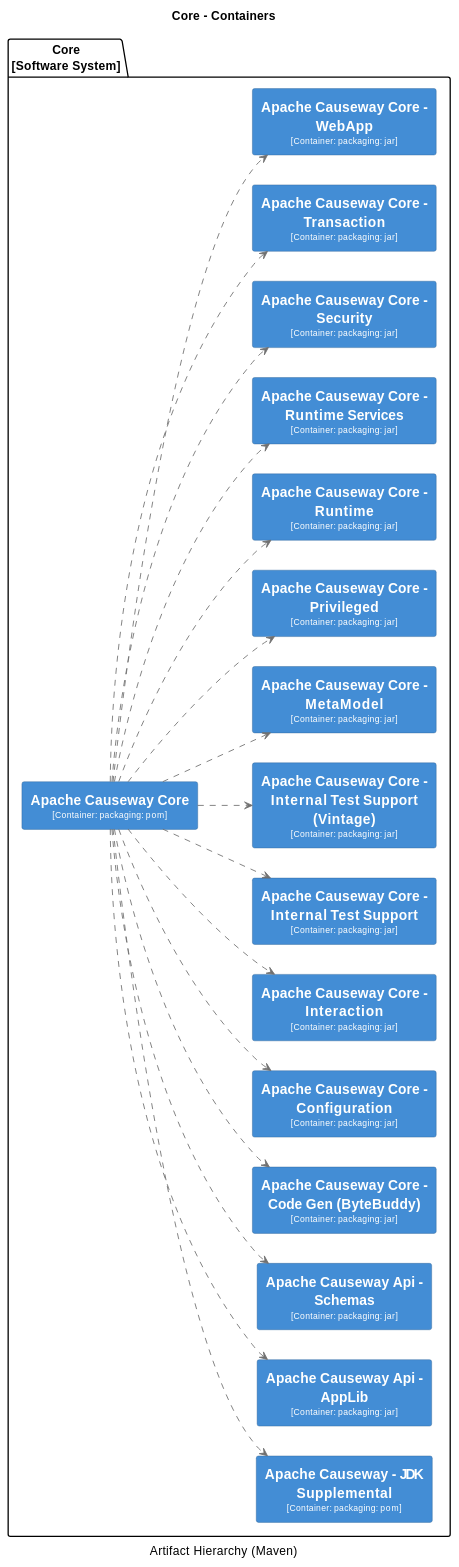
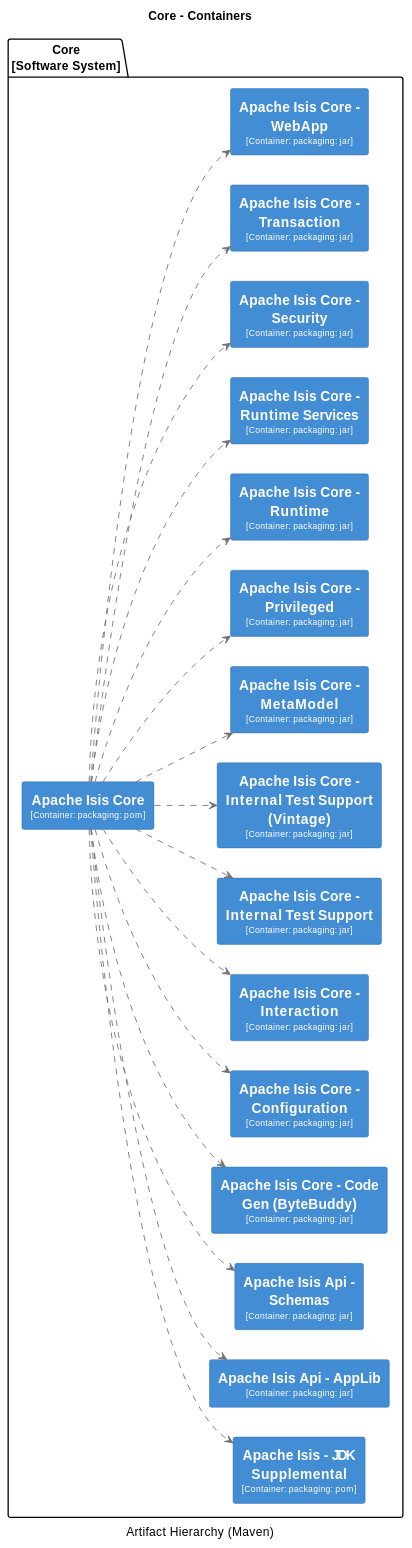
Before and after one commit to Supermajestcd/XMP--toolkits: the seventh of 32 diagrams in core/adoc/modules/_overview/pages/about.adoc, drawn with PlantUML. The commit also changed other lines of this file and 13521 other files, not shown here.

```diff
--- a/core/adoc/modules/_overview/pages/about.adoc
+++ b/core/adoc/modules/_overview/pages/about.adoc
@@ -1171,22 +1411,22 @@
   BorderColor #2E6295
 }
 package "Core\n[Software System]" {
-  rectangle "==Apache Causeway - JDK Supplemental\n<size:10>[Container: packaging: pom]</size>" <<16>> as 16
-  rectangle "==Apache Causeway Api - AppLib\n<size:10>[Container: packaging: jar]</size>" <<3>> as 3
-  rectangle "==Apache Causeway Api - Schemas\n<size:10>[Container: packaging: jar]</size>" <<17>> as 17
-  rectangle "==Apache Causeway Core\n<size:10>[Container: packaging: pom]</size>" <<2>> as 2
-  rectangle "==Apache Causeway Core - Code Gen (ByteBuddy)\n<size:10>[Container: packaging: jar]</size>" <<4>> as 4
-  rectangle "==Apache Causeway Core - Configuration\n<size:10>[Container: packaging: jar]</size>" <<5>> as 5
-  rectangle "==Apache Causeway Core - Interaction\n<size:10>[Container: packaging: jar]</size>" <<6>> as 6
-  rectangle "==Apache Causeway Core - Internal Test Support\n<size:10>[Container: packaging: jar]</size>" <<7>> as 7
-  rectangle "==Apache Causeway Core - Internal Test Support (Vintage)\n<size:10>[Container: packaging: jar]</size>" <<8>> as 8
-  rectangle "==Apache Causeway Core - MetaModel\n<size:10>[Container: packaging: jar]</size>" <<9>> as 9
-  rectangle "==Apache Causeway Core - Privileged\n<size:10>[Container: packaging: jar]</size>" <<10>> as 10
-  rectangle "==Apache Causeway Core - Runtime\n<size:10>[Container: packaging: jar]</size>" <<11>> as 11
-  rectangle "==Apache Causeway Core - Runtime Services\n<size:10>[Container: packaging: jar]</size>" <<12>> as 12
-  rectangle "==Apache Causeway Core - Security\n<size:10>[Container: packaging: jar]</size>" <<13>> as 13
-  rectangle "==Apache Causeway Core - Transaction\n<size:10>[Container: packaging: jar]</size>" <<14>> as 14
-  rectangle "==Apache Causeway Core - WebApp\n<size:10>[Container: packaging: jar]</size>" <<15>> as 15
+  rectangle "==Apache Isis - JDK Supplemental\n<size:10>[Container: packaging: pom]</size>" <<16>> as 16
+  rectangle "==Apache Isis Api - AppLib\n<size:10>[Container: packaging: jar]</size>" <<3>> as 3
+  rectangle "==Apache Isis Api - Schemas\n<size:10>[Container: packaging: jar]</size>" <<17>> as 17
+  rectangle "==Apache Isis Core\n<size:10>[Container: packaging: pom]</size>" <<2>> as 2
+  rectangle "==Apache Isis Core - Code Gen (ByteBuddy)\n<size:10>[Container: packaging: jar]</size>" <<4>> as 4
+  rectangle "==Apache Isis Core - Configuration\n<size:10>[Container: packaging: jar]</size>" <<5>> as 5
+  rectangle "==Apache Isis Core - Interaction\n<size:10>[Container: packaging: jar]</size>" <<6>> as 6
+  rectangle "==Apache Isis Core - Internal Test Support\n<size:10>[Container: packaging: jar]</size>" <<7>> as 7
+  rectangle "==Apache Isis Core - Internal Test Support (Vintage)\n<size:10>[Container: packaging: jar]</size>" <<8>> as 8
+  rectangle "==Apache Isis Core - MetaModel\n<size:10>[Container: packaging: jar]</size>" <<9>> as 9
+  rectangle "==Apache Isis Core - Privileged\n<size:10>[Container: packaging: jar]</size>" <<10>> as 10
+  rectangle "==Apache Isis Core - Runtime\n<size:10>[Container: packaging: jar]</size>" <<11>> as 11
+  rectangle "==Apache Isis Core - Runtime Services\n<size:10>[Container: packaging: jar]</size>" <<12>> as 12
+  rectangle "==Apache Isis Core - Security\n<size:10>[Container: packaging: jar]</size>" <<13>> as 13
+  rectangle "==Apache Isis Core - Transaction\n<size:10>[Container: packaging: jar]</size>" <<14>> as 14
+  rectangle "==Apache Isis Core - WebApp\n<size:10>[Container: packaging: jar]</size>" <<15>> as 15
 }
 2 .[#707070].> 16 : ""
 2 .[#707070].> 3 : ""
```
